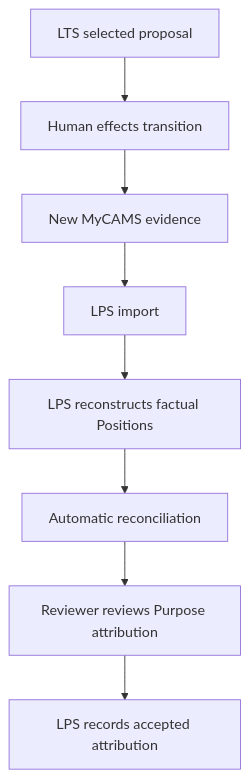
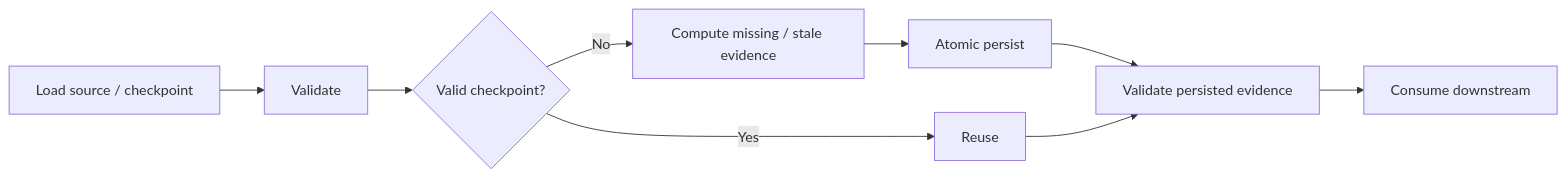
One commit to rrajeshkannan/lakshya changed diagram 14 of 14 in docs/Lakshya_Pipeline_Sequence.md. Above: the diagram before and after it, drawn with Mermaid. The commit also changed other lines of this file, not shown here.

Commit message:
docs: resurrect and enrich pipeline sequence

````diff
--- a/docs/Lakshya_Pipeline_Sequence.md
+++ b/docs/Lakshya_Pipeline_Sequence.md
@@ -261,10 +849,11 @@
 ```mermaid
-flowchart TD
-    A[LTS selected proposal] --> B[Human effects transition]
-    B --> C[New MyCAMS evidence]
-    C --> D[LPS import]
-    D --> E[LPS reconstructs factual Positions]
-    E --> F[Automatic reconciliation]
-    F --> G[Reviewer reviews Purpose attribution]
-    G --> H[LPS records accepted attribution]
+flowchart LR
+    A[Load source / checkpoint] --> B[Validate]
+    B --> C{Valid checkpoint?}
+    C -->|Yes| D[Reuse]
+    C -->|No| E[Compute missing / stale evidence]
+    E --> F[Atomic persist]
+    F --> G[Validate persisted evidence]
+    D --> G
+    G --> H[Consume downstream]
 ```
````
